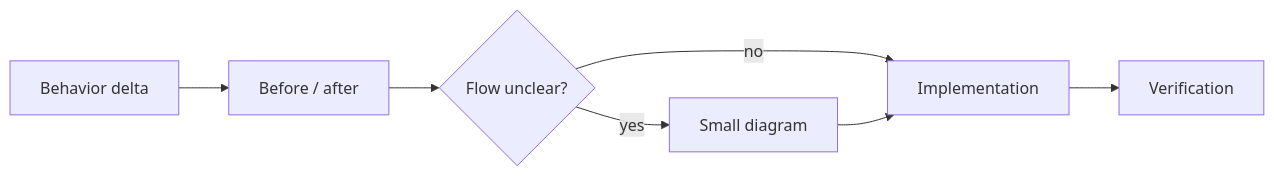
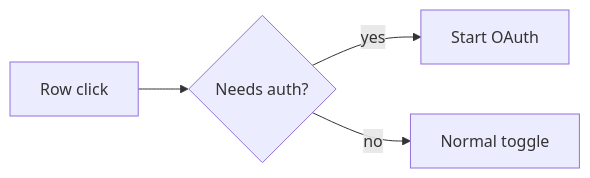
The diagram in README.md (skcache/prnotes), drawn with Mermaid before and after one commit. The commit also changed other lines of this file, not shown here.

````diff
--- a/README.md
+++ b/README.md
@@ -17,9 +29,6 @@
 ```mermaid
 flowchart LR
-    A[Behavior delta] --> B[Before / after]
-    B --> C{Flow unclear?}
-    C -- yes --> D[Small diagram]
-    C -- no --> E[Implementation]
-    D --> E
-    E --> F[Verification]
+    A[Row click] --> B{Needs auth?}
+    B -- yes --> C[Start OAuth]
+    B -- no --> D[Normal toggle]
 ```
````
